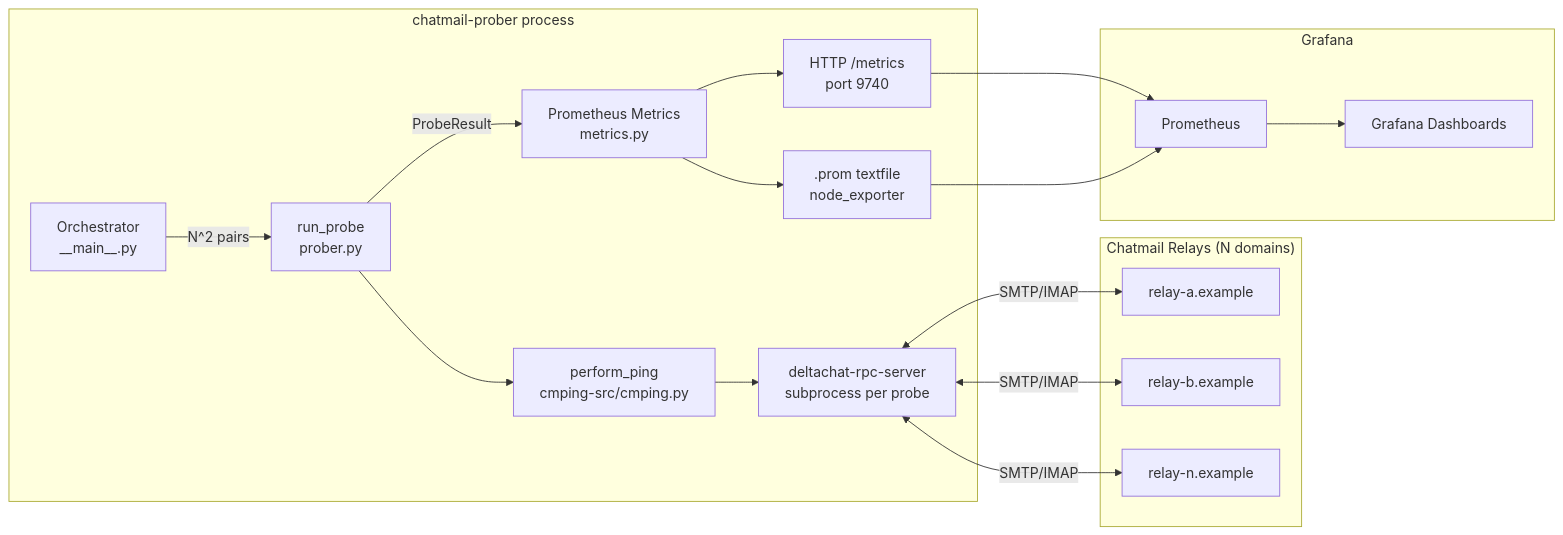
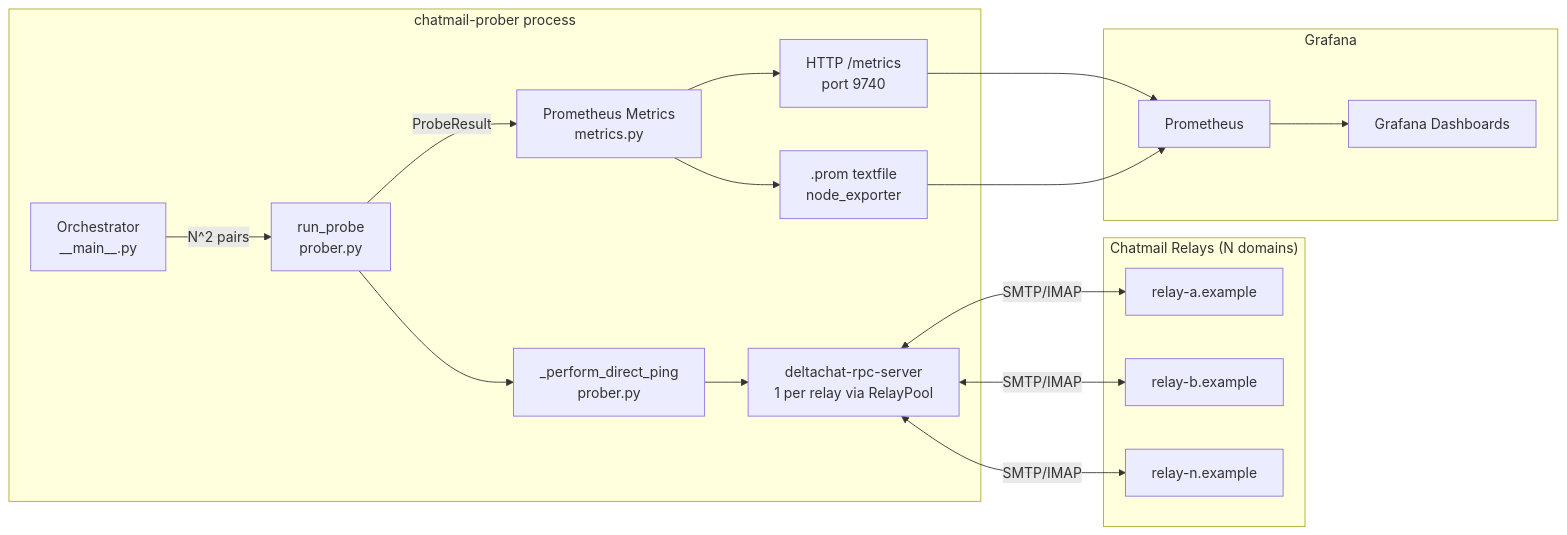
Before and after one commit to j4n/chatmail-prober: the first of 9 diagrams in TECHNICAL.md, drawn with Mermaid. The commit also changed other lines of this file and 10 other files, not shown here.

First line of the commit message:
Vendor cmping direct-ping logic into chatmail_prober.prober

````diff
--- a/TECHNICAL.md
+++ b/TECHNICAL.md
@@ -32,43 +32,43 @@
 ```mermaid
 graph LR
     subgraph Relays["Chatmail Relays (N domains)"]
         R1[relay-a.example]
         R2[relay-b.example]
         RN[relay-n.example]
     end
 
     subgraph Prober["chatmail-prober process"]
         MAIN["Orchestrator
             __main__.py"]
         PROBE["run_probe
             prober.py"]
-        CMPING["perform_ping
-            cmping-src/cmping.py"]
+        PING["_perform_direct_ping
+            prober.py"]
         DCSERVER["deltachat-rpc-server
-            subprocess per probe"]
+            1 per relay via RelayPool"]
         METRICS["Prometheus Metrics
             metrics.py"]
         HTTP["HTTP /metrics
             port 9740"]
         TEXTFILE[".prom textfile
             node_exporter"]
     end
 
     subgraph Grafana
         PROM[Prometheus]
         DASH[Grafana Dashboards]
     end
 
     MAIN -->|"N^2 pairs"| PROBE
-    PROBE --> CMPING
-    CMPING --> DCSERVER
+    PROBE --> PING
+    PING --> DCSERVER
     DCSERVER <-->|SMTP/IMAP| R1
     DCSERVER <-->|SMTP/IMAP| R2
     DCSERVER <-->|SMTP/IMAP| RN
     PROBE -->|ProbeResult| METRICS
     METRICS --> HTTP
     METRICS --> TEXTFILE
     HTTP --> PROM
     TEXTFILE --> PROM
     PROM --> DASH
 ```
````
